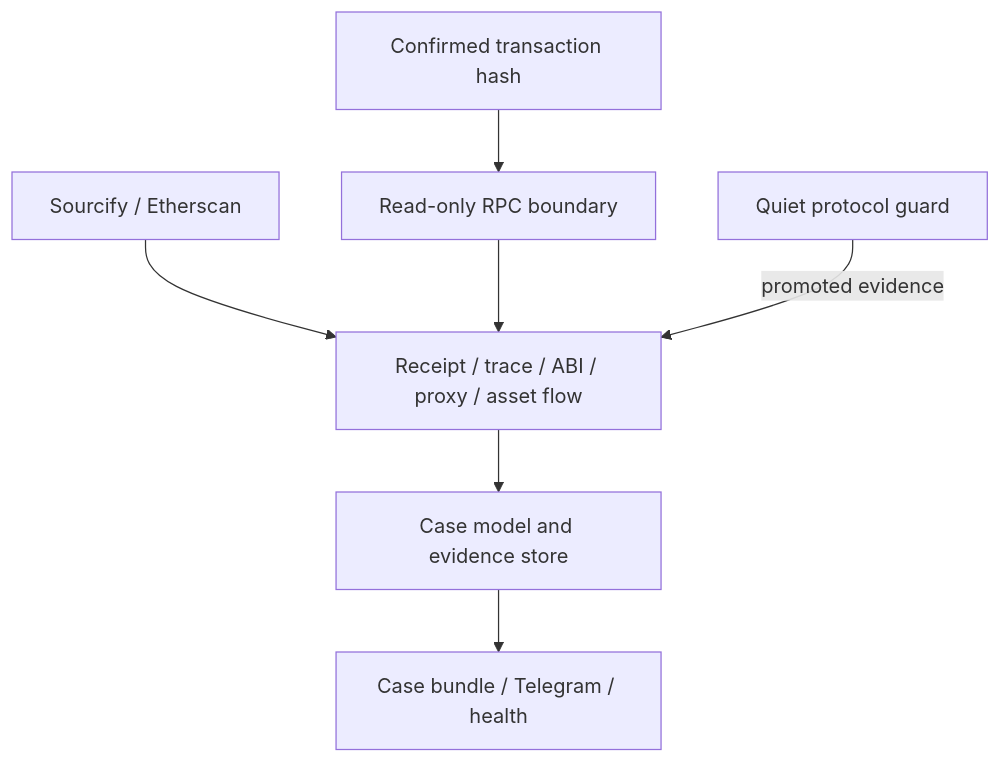
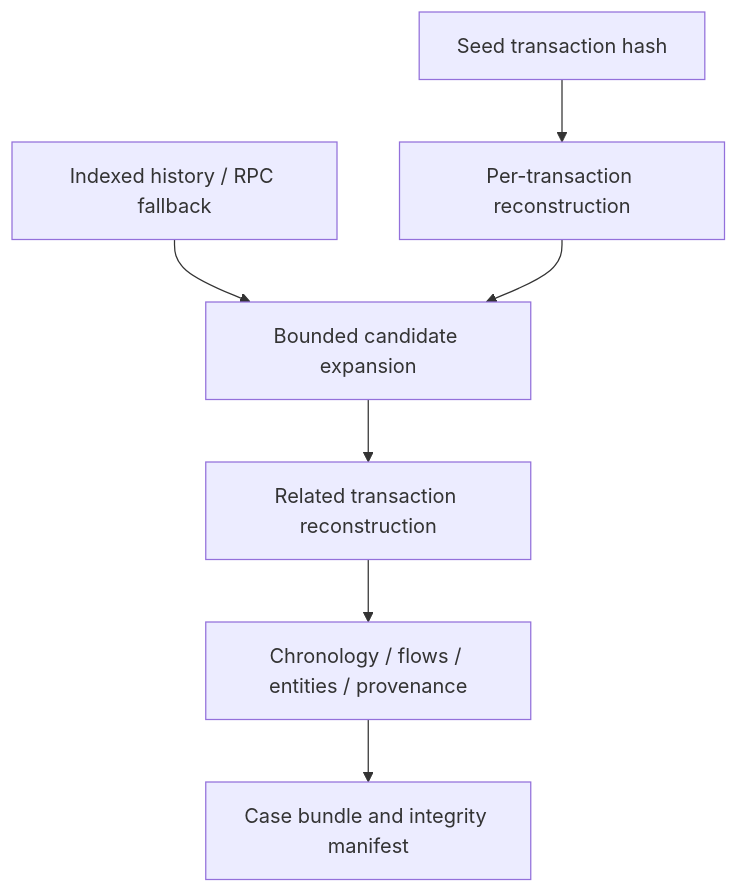
Before and after one commit to VolodymyrStetsenko/White-Radar: the diagram in docs/ARCHITECTURE.md, drawn with Mermaid. The commit also changed other lines of this file and 25 other files, not shown here.

Commit message:
Build bounded incident reconstruction engine

````diff
--- a/docs/ARCHITECTURE.md
+++ b/docs/ARCHITECTURE.md
@@ -39,9 +45,9 @@
 ```mermaid
 flowchart TD
-    Seed["Confirmed transaction hash"] --> Boundary["Read-only RPC boundary"]
-    Explorer["Sourcify / Etherscan"] --> Analyze["Receipt / trace / ABI / proxy / asset flow"]
-    Boundary --> Analyze
-    Guard["Quiet protocol guard"] -->|"promoted evidence"| Analyze
-    Analyze --> Evidence["Case model and evidence store"]
-    Evidence --> Delivery["Case bundle / Telegram / health"]
+    Seed["Seed transaction hash"] --> PerTx["Per-transaction reconstruction"]
+    History["Indexed history / RPC fallback"] --> Expand["Bounded candidate expansion"]
+    PerTx --> Expand
+    Expand --> Related["Related transaction reconstruction"]
+    Related --> Aggregate["Chronology / flows / entities / provenance"]
+    Aggregate --> Bundle["Case bundle and integrity manifest"]
 ```
````
